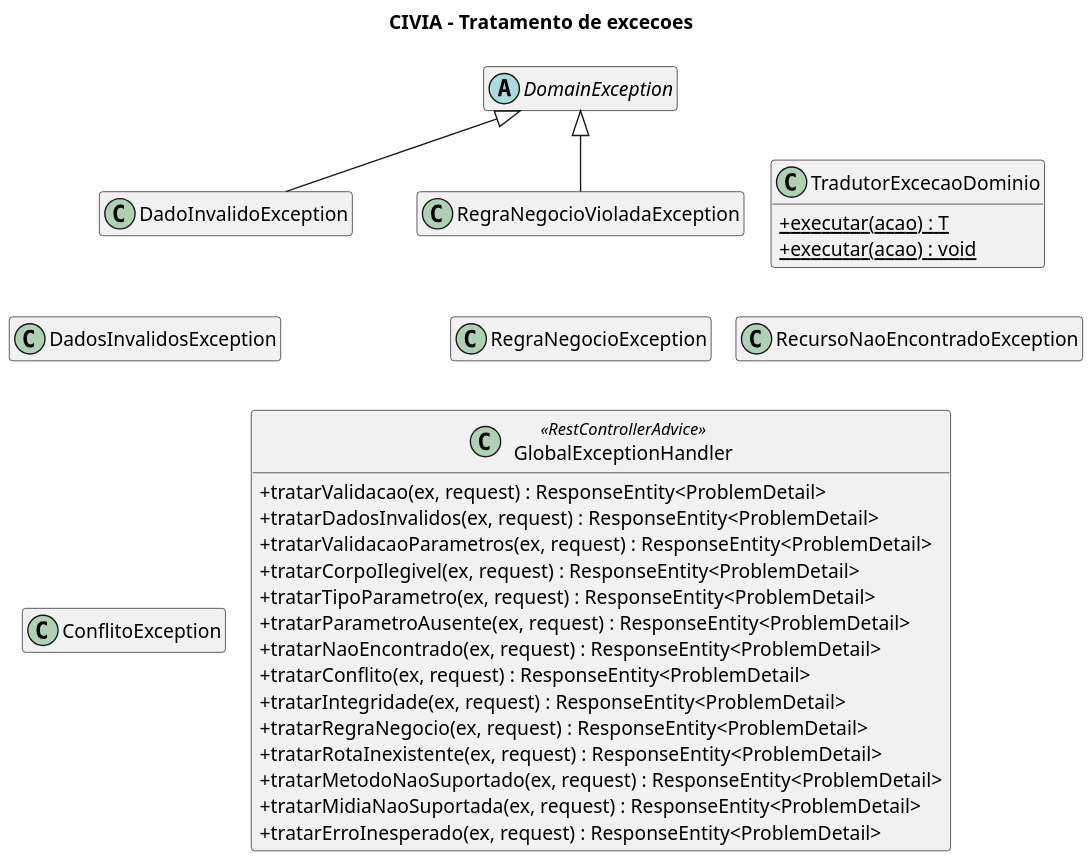
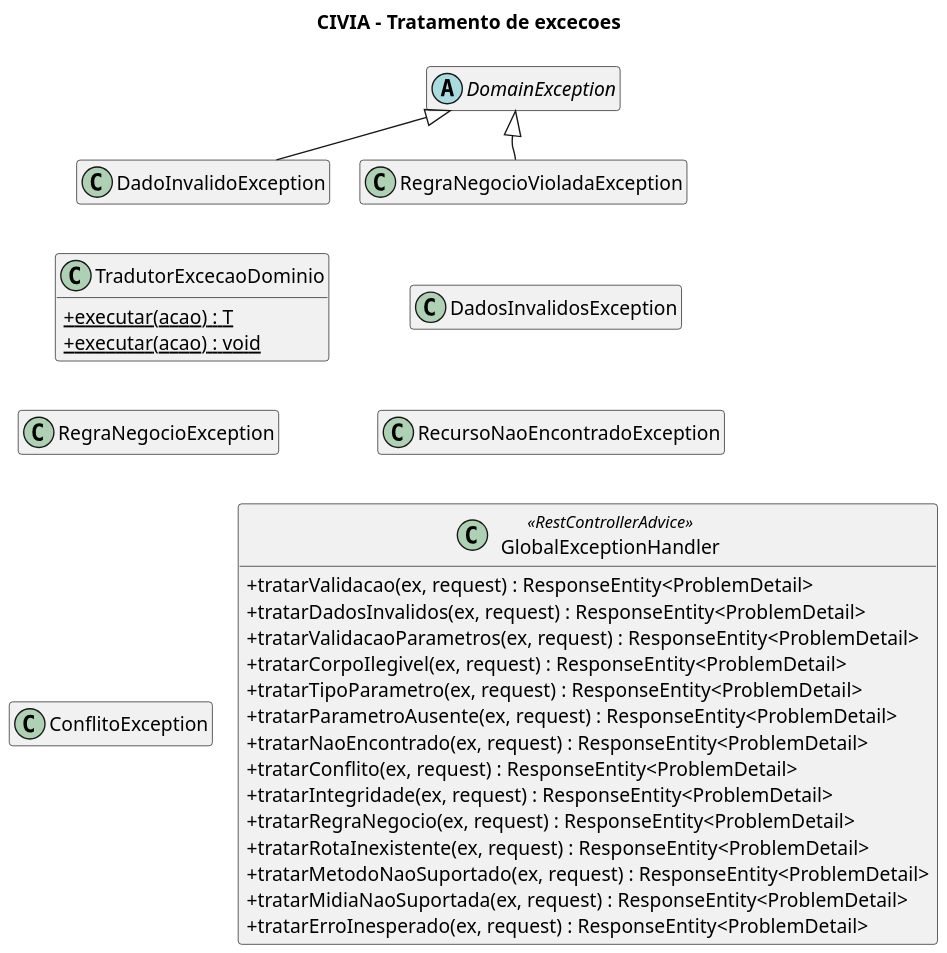
Before and after one commit to Gabrielvianaana/civia-api: the diagram in docs/partes/08-excecoes.puml, drawn with PlantUML. The commit also changed 8 other files, not shown here.

Commit message:
Diagramas e DER ajustados para o PDF

```diff
--- a/docs/partes/08-excecoes.puml
+++ b/docs/partes/08-excecoes.puml
@@ -1,52 +1,53 @@
 @startuml
 title CIVIA - Tratamento de excecoes
 ' Gerado a partir do codigo-fonte Java (pasta civia-*/src/main/java).
 !pragma layout smetana
 skinparam classAttributeIconSize 0
 skinparam shadowing false
 skinparam dpi 150
 hide empty members
 top to bottom direction
 abstract class DomainException {
 }
 class DadoInvalidoException {
 }
 class RegraNegocioVioladaException {
 }
 class TradutorExcecaoDominio {
   +{static} executar(acao) : T
   +{static} executar(acao) : void
 }
 class DadosInvalidosException {
 }
 class RegraNegocioException {
 }
 class RecursoNaoEncontradoException {
 }
 class ConflitoException {
 }
 class GlobalExceptionHandler <<RestControllerAdvice>> {
   +tratarValidacao(ex, request) : ResponseEntity<ProblemDetail>
   +tratarDadosInvalidos(ex, request) : ResponseEntity<ProblemDetail>
   +tratarValidacaoParametros(ex, request) : ResponseEntity<ProblemDetail>
   +tratarCorpoIlegivel(ex, request) : ResponseEntity<ProblemDetail>
   +tratarTipoParametro(ex, request) : ResponseEntity<ProblemDetail>
   +tratarParametroAusente(ex, request) : ResponseEntity<ProblemDetail>
   +tratarNaoEncontrado(ex, request) : ResponseEntity<ProblemDetail>
   +tratarConflito(ex, request) : ResponseEntity<ProblemDetail>
   +tratarIntegridade(ex, request) : ResponseEntity<ProblemDetail>
   +tratarRegraNegocio(ex, request) : ResponseEntity<ProblemDetail>
   +tratarRotaInexistente(ex, request) : ResponseEntity<ProblemDetail>
   +tratarMetodoNaoSuportado(ex, request) : ResponseEntity<ProblemDetail>
   +tratarMidiaNaoSuportada(ex, request) : ResponseEntity<ProblemDetail>
   +tratarErroInesperado(ex, request) : ResponseEntity<ProblemDetail>
 }
 DomainException <|-- DadoInvalidoException
 DomainException <|-- RegraNegocioVioladaException
-DomainException -[hidden]down- TradutorExcecaoDominio
-DadoInvalidoException -[hidden]down- DadosInvalidosException
-RegraNegocioVioladaException -[hidden]down- RegraNegocioException
-TradutorExcecaoDominio -[hidden]down- RecursoNaoEncontradoException
-DadosInvalidosException -[hidden]down- ConflitoException
-RegraNegocioException -[hidden]down- GlobalExceptionHandler
+DomainException -[hidden]down- RegraNegocioVioladaException
+DadoInvalidoException -[hidden]down- TradutorExcecaoDominio
+RegraNegocioVioladaException -[hidden]down- DadosInvalidosException
+TradutorExcecaoDominio -[hidden]down- RegraNegocioException
+DadosInvalidosException -[hidden]down- RecursoNaoEncontradoException
+RegraNegocioException -[hidden]down- ConflitoException
+RecursoNaoEncontradoException -[hidden]down- GlobalExceptionHandler
 @enduml
```
